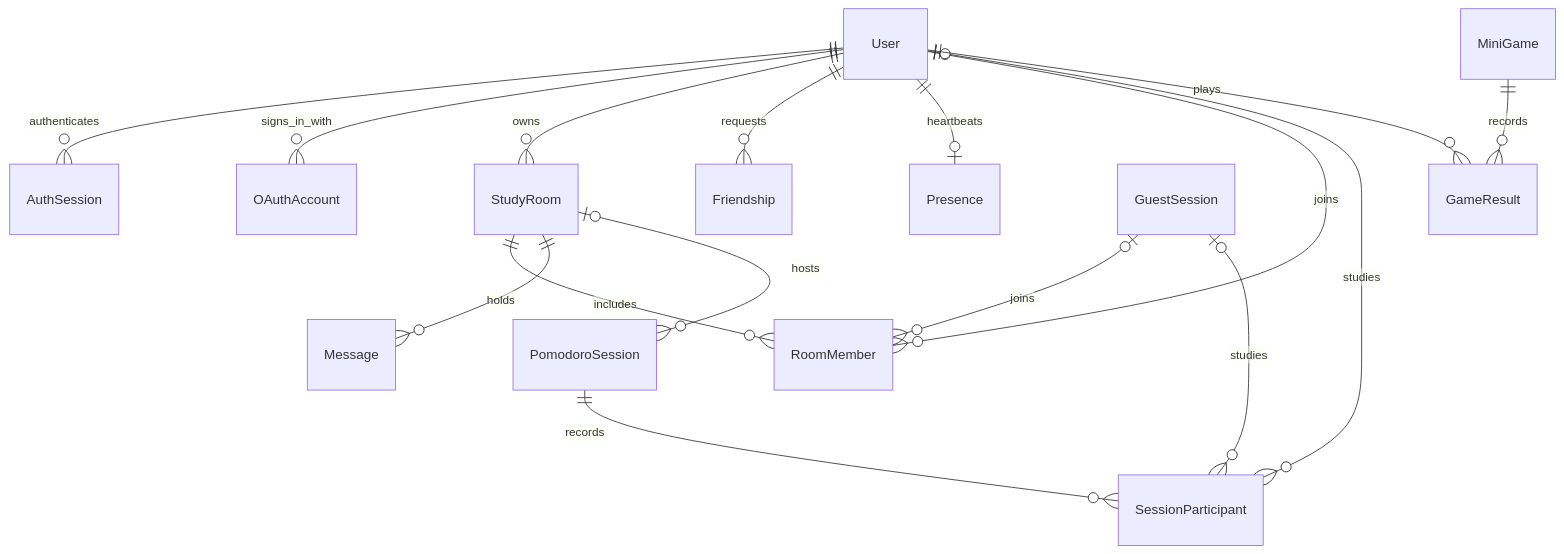
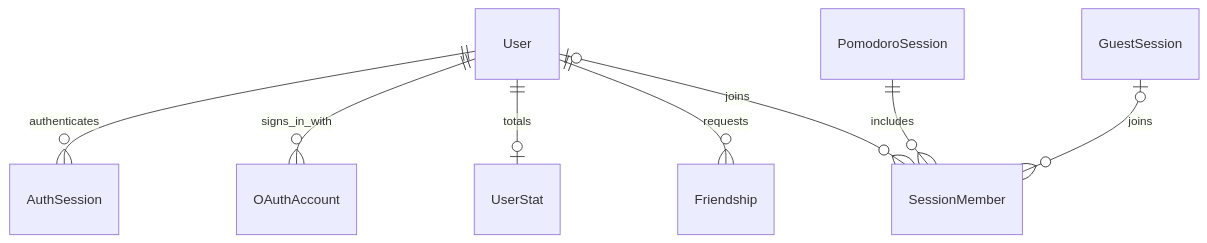
The diagram in backend/docs/backend.md (marcosls13/WePomodoro), drawn with Mermaid before and after one commit. The commit also changed other lines of this file and 31 other files, not shown here.

Commit message:
Refactor study sessions and persist lifetime user statistics

````diff
--- a/backend/docs/backend.md
+++ b/backend/docs/backend.md
@@ -639,18 +591,10 @@
 ```mermaid
 erDiagram
   User ||--o{ AuthSession : authenticates
   User ||--o{ OAuthAccount : signs_in_with
-  User ||--o{ StudyRoom : owns
-  StudyRoom ||--o{ RoomMember : includes
-  StudyRoom ||--o{ Message : holds
+  User ||--o| UserStat : totals
   User ||--o{ Friendship : requests
-  User ||--o| Presence : heartbeats
-  User o|--o{ RoomMember : joins
-  GuestSession o|--o{ RoomMember : joins
-  StudyRoom o|--o{ PomodoroSession : hosts
-  PomodoroSession ||--o{ SessionParticipant : records
-  User o|--o{ SessionParticipant : studies
-  GuestSession o|--o{ SessionParticipant : studies
-  User ||--o{ GameResult : plays
-  MiniGame ||--o{ GameResult : records
+  PomodoroSession ||--o{ SessionMember : includes
+  User o|--o{ SessionMember : joins
+  GuestSession o|--o{ SessionMember : joins
 ```
````
